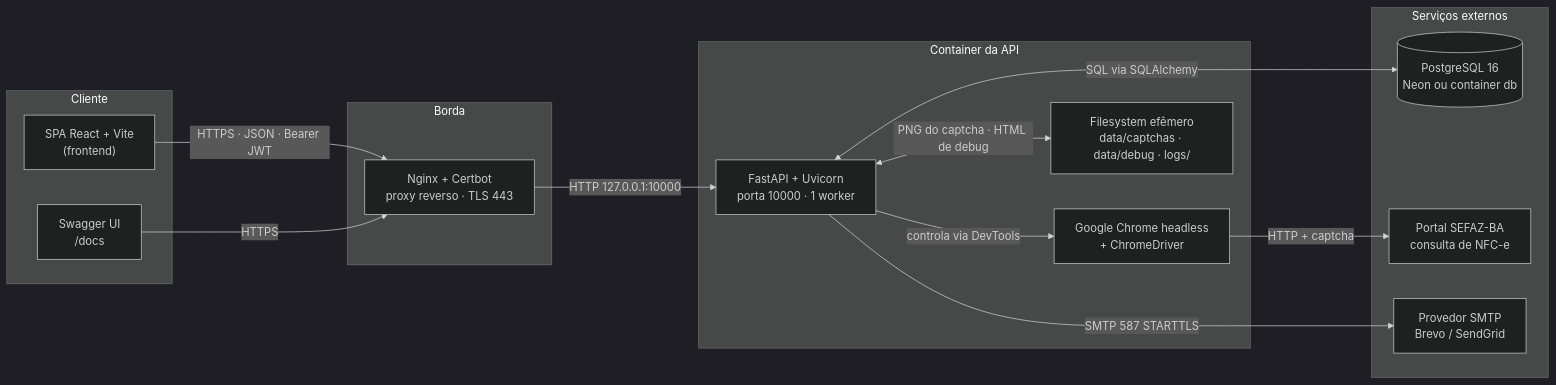
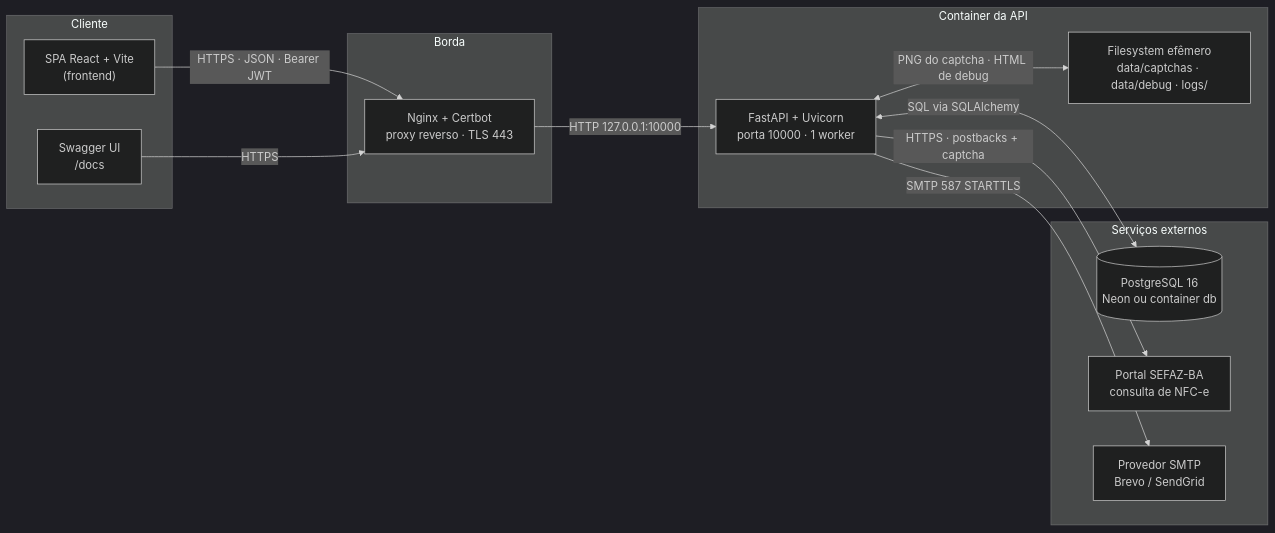
The first of 10 diagrams in README.md (minhascomprasba/minhasCompras-BA), drawn with Mermaid (dark theme) before and after one commit. The commit also changed other lines of this file and 21 other files, not shown here.

````diff
--- a/README.md
+++ b/README.md
@@ -54,32 +55,30 @@
 ```mermaid
 flowchart LR
     subgraph client["Cliente"]
         SPA["SPA React + Vite<br/>(frontend)"]
         SWG["Swagger UI<br/>/docs"]
     end
 
     subgraph edge["Borda"]
         NGX["Nginx + Certbot<br/>proxy reverso · TLS 443"]
     end
 
     subgraph app["Container da API"]
         API["FastAPI + Uvicorn<br/>porta 10000 · 1 worker"]
-        CHR["Google Chrome headless<br/>+ ChromeDriver"]
         FS["Filesystem efêmero<br/>data/captchas · data/debug · logs/"]
     end
 
     subgraph ext["Serviços externos"]
         PG[("PostgreSQL 16<br/>Neon ou container db")]
         SEF["Portal SEFAZ-BA<br/>consulta de NFC-e"]
         SMTP["Provedor SMTP<br/>Brevo / SendGrid"]
     end
 
     SPA -->|"HTTPS · JSON · Bearer JWT"| NGX
     SWG -->|"HTTPS"| NGX
     NGX -->|"HTTP 127.0.0.1:10000"| API
     API <-->|"SQL via SQLAlchemy"| PG
-    API -->|"controla via DevTools"| CHR
-    CHR -->|"HTTP + captcha"| SEF
+    API -->|"HTTPS · postbacks + captcha"| SEF
     API -->|"SMTP 587 STARTTLS"| SMTP
     API <-->|"PNG do captcha · HTML de debug"| FS
 ```
````
